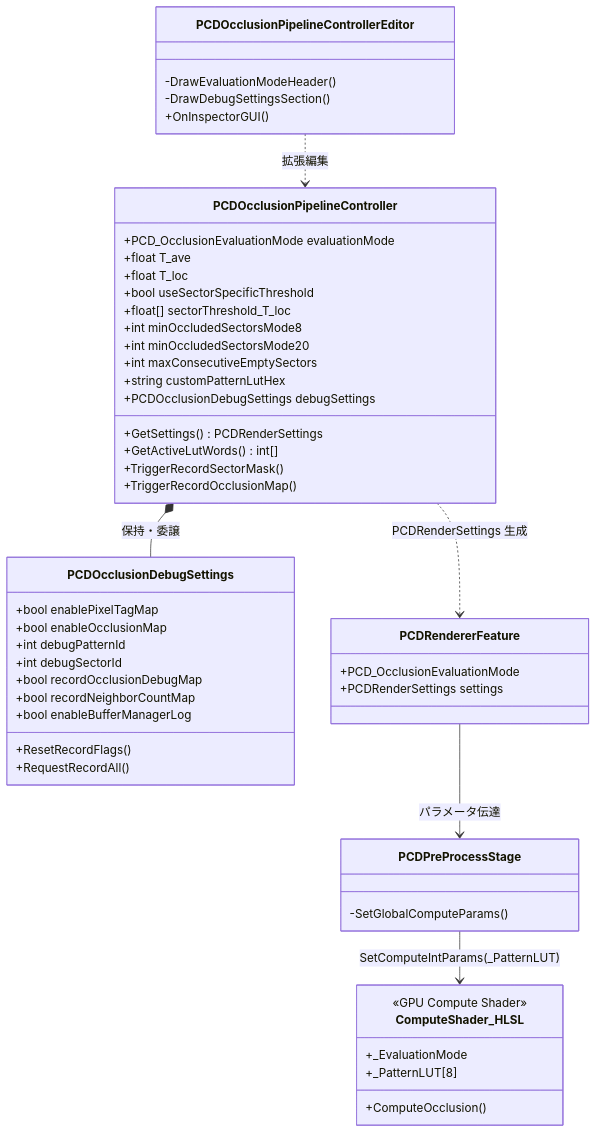
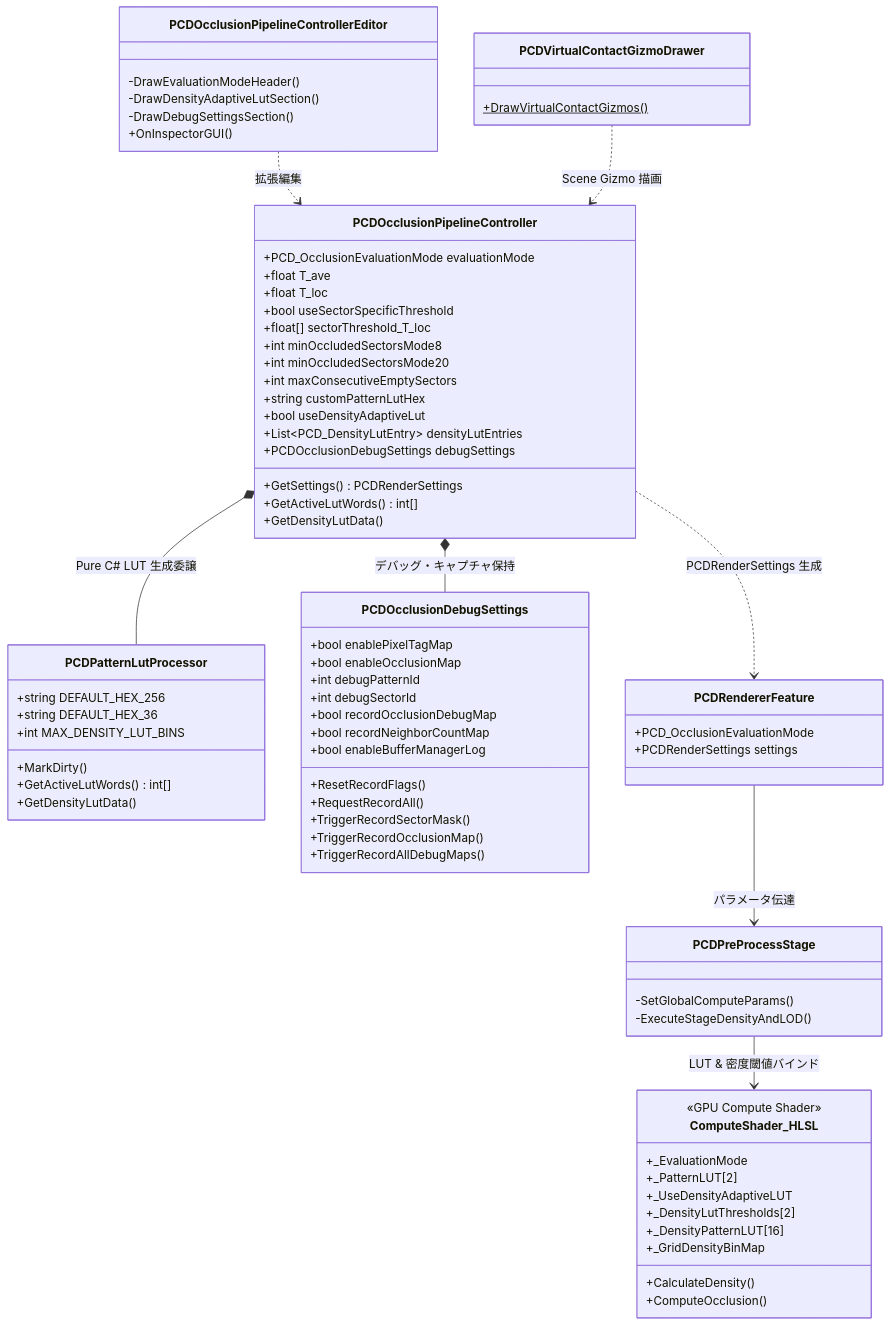
The first of 2 diagrams in Docs/OcclusionRendering.md (kotetsuOU/RealTimeOcclusionDemo), drawn with Mermaid before and after one commit. The commit also changed other lines of this file and 2 other files, not shown here.

Commit message:
docs(wiki): update OcclusionRendering, SICESI2026, and Wiki for density LUT and refactoring

````diff
--- a/Docs/OcclusionRendering.md
+++ b/Docs/OcclusionRendering.md
@@ -98,11 +108,21 @@
         +int minOccludedSectorsMode20
         +int maxConsecutiveEmptySectors
         +string customPatternLutHex
+        +bool useDensityAdaptiveLut
+        +List~PCD_DensityLutEntry~ densityLutEntries
         +PCDOcclusionDebugSettings debugSettings
         +GetSettings() PCDRenderSettings
         +GetActiveLutWords() int[]
-        +TriggerRecordSectorMask()
-        +TriggerRecordOcclusionMap()
+        +GetDensityLutData()
+    }
+
+    class PCDPatternLutProcessor {
+        +string DEFAULT_HEX_256
+        +string DEFAULT_HEX_36
+        +int MAX_DENSITY_LUT_BINS
+        +MarkDirty()
+        +GetActiveLutWords() int[]
+        +GetDensityLutData()
     }
 
     class PCDOcclusionDebugSettings {
@@ -115,12 +135,20 @@
         +bool enableBufferManagerLog
         +ResetRecordFlags()
         +RequestRecordAll()
+        +TriggerRecordSectorMask()
+        +TriggerRecordOcclusionMap()
+        +TriggerRecordAllDebugMaps()
     }
 
     class PCDOcclusionPipelineControllerEditor {
         -DrawEvaluationModeHeader()
+        -DrawDensityAdaptiveLutSection()
         -DrawDebugSettingsSection()
         +OnInspectorGUI()
+    }
+
+    class PCDVirtualContactGizmoDrawer {
+        +DrawVirtualContactGizmos()$
     }
 
     class PCDRendererFeature {
@@ -130,18 +158,26 @@
 
     class PCDPreProcessStage {
         -SetGlobalComputeParams()
+        -ExecuteStageDensityAndLOD()
     }
 
     class ComputeShader_HLSL {
         <<GPU Compute Shader>>
         +_EvaluationMode
-        +_PatternLUT[8]
+        +_PatternLUT[2]
+        +_UseDensityAdaptiveLUT
+        +_DensityLutThresholds[2]
+        +_DensityPatternLUT[16]
+        +_GridDensityBinMap
+        +CalculateDensity()
         +ComputeOcclusion()
     }
 
-    PCDOcclusionPipelineController *-- PCDOcclusionDebugSettings : 保持・委譲
+    PCDOcclusionPipelineController *-- PCDPatternLutProcessor : Pure C# LUT 生成委譲
+    PCDOcclusionPipelineController *-- PCDOcclusionDebugSettings : デバッグ・キャプチャ保持
     PCDOcclusionPipelineControllerEditor ..> PCDOcclusionPipelineController : 拡張編集
+    PCDVirtualContactGizmoDrawer ..> PCDOcclusionPipelineController : Scene Gizmo 描画
     PCDOcclusionPipelineController ..> PCDRendererFeature : PCDRenderSettings 生成
     PCDRendererFeature --> PCDPreProcessStage : パラメータ伝達
-    PCDPreProcessStage --> ComputeShader_HLSL : SetComputeIntParams(_PatternLUT)
+    PCDPreProcessStage --> ComputeShader_HLSL : LUT & 密度閾値バインド
 ```
````
